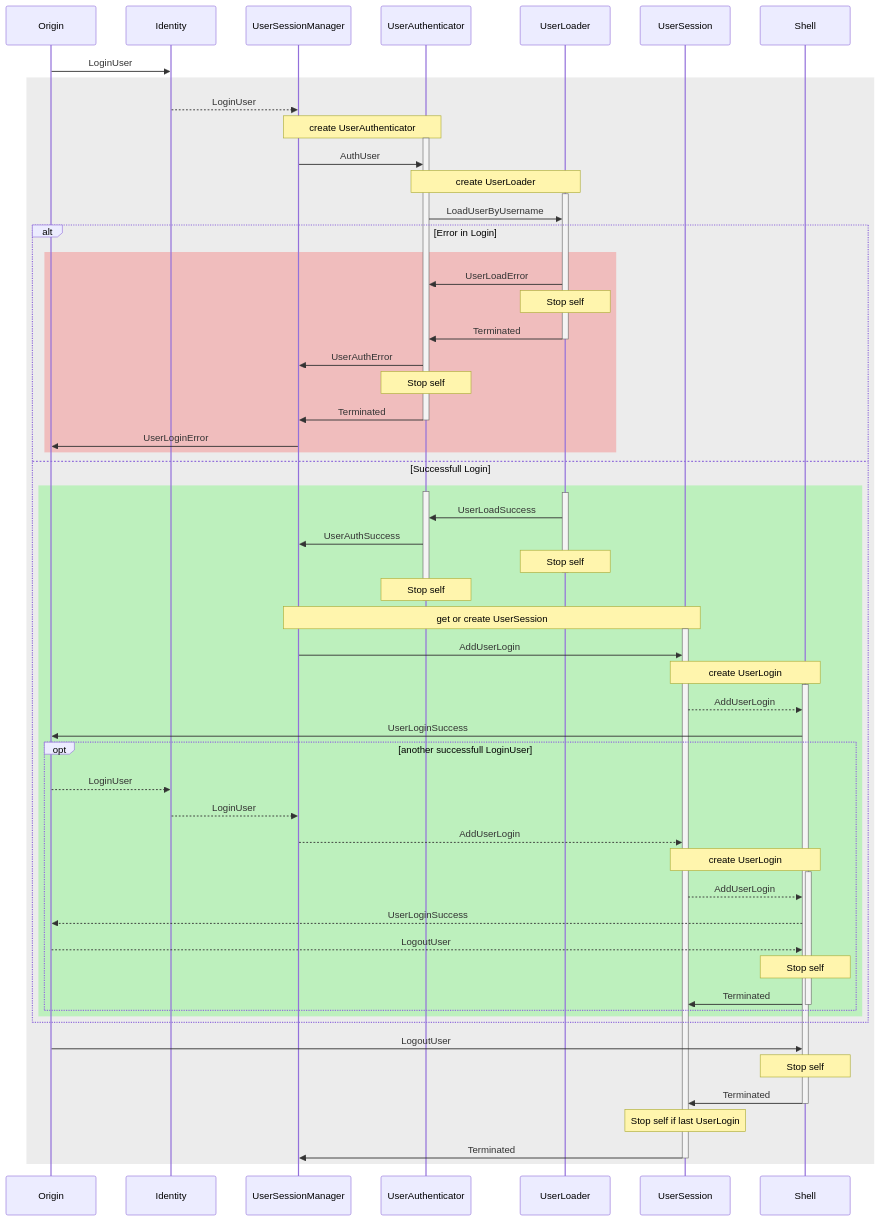
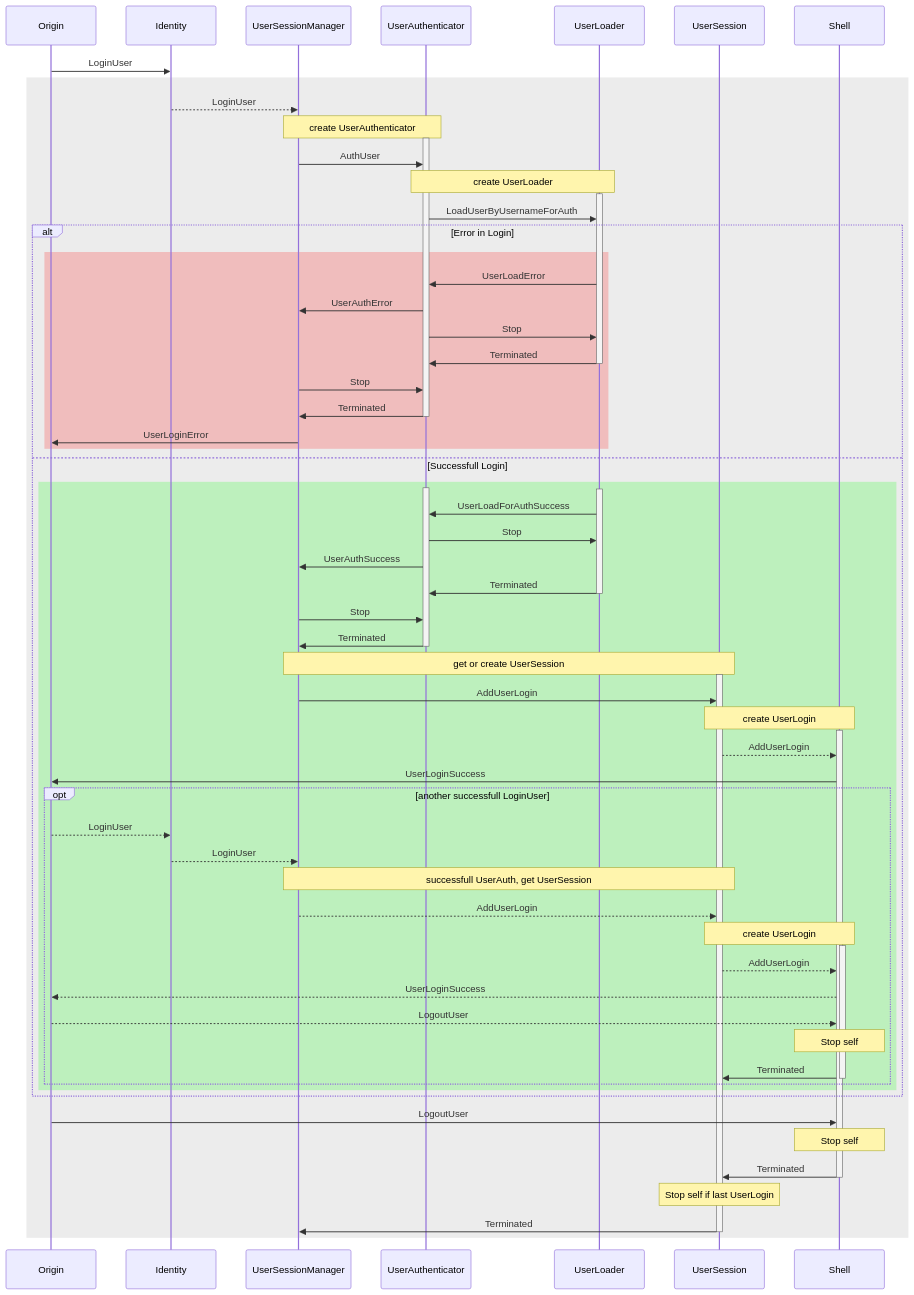
The diagram in src/Actor.GameHub.Identity.Abstractions/identity-model.mmd (flensrocker/Actor.GameHub), drawn with Mermaid before and after one commit. The commit also changed 6 other files, not shown here.

Commit message:
Identity - correct Stop-Handling of UserAuthenticator/UserLoader

```diff
--- a/src/Actor.GameHub.Identity.Abstractions/identity-model.mmd
+++ b/src/Actor.GameHub.Identity.Abstractions/identity-model.mmd
@@ -1,70 +1,73 @@
 sequenceDiagram
   participant o as Origin
   participant id as Identity
   participant usm as UserSessionManager
   participant au as UserAuthenticator
   participant lo as UserLoader
   participant us as UserSession
   participant sh as Shell
 
   o->>id:LoginUser
   rect rgba(160, 160, 160, .2)
     id-->>usm:LoginUser
     Note over usm,au:create UserAuthenticator
     activate au
     usm->>au:AuthUser
     Note over au,lo:create UserLoader
     activate lo
-    au->>lo:LoadUserByUsername
+    au->>lo:LoadUserByUsernameForAuth
     alt Error in Login
       rect rgba(255, 0, 0, .2)
         lo->>au:UserLoadError
-        Note over lo:Stop self
+        au->>usm:UserAuthError
+        au->>lo:Stop
         lo->>au:Terminated
         deactivate lo
-        au->>usm:UserAuthError
-        Note over au:Stop self
+        usm->>au:Stop
         au->>usm:Terminated
         deactivate au
         usm->>o:UserLoginError
       end
     else Successfull Login
       rect rgba(0, 255, 0, .2)
         activate au
         activate lo
-        lo->>au:UserLoadSuccess
+        lo->>au:UserLoadForAuthSuccess
+        au->>lo:Stop
         au->>usm:UserAuthSuccess
-        Note over lo:Stop self
+        lo->>au:Terminated
         deactivate lo
-        Note over au:Stop self
+        usm->>au:Stop
+        au->>usm:Terminated
         deactivate au
         Note over usm,us:get or create UserSession
         activate us
         usm->>us:AddUserLogin
         Note over us,sh:create UserLogin
         activate sh
         us-->>sh:AddUserLogin
         sh->>o:UserLoginSuccess
         opt another successfull LoginUser
           o-->>id:LoginUser
           id-->>usm:LoginUser
+          Note over usm,us:successfull UserAuth, get UserSession
           usm-->>us:AddUserLogin
           Note over us,sh:create UserLogin
           activate sh
           us-->>sh:AddUserLogin
           sh-->>o:UserLoginSuccess
           o-->>sh:LogoutUser
           Note over sh:Stop self
           sh->>us:Terminated
           deactivate sh
         end
       end
     end
     o->>sh:LogoutUser
     Note over sh:Stop self
     sh->>us:Terminated
     deactivate sh
     Note over us:Stop self if last UserLogin
     us->>usm:Terminated
     deactivate us
   end
```
